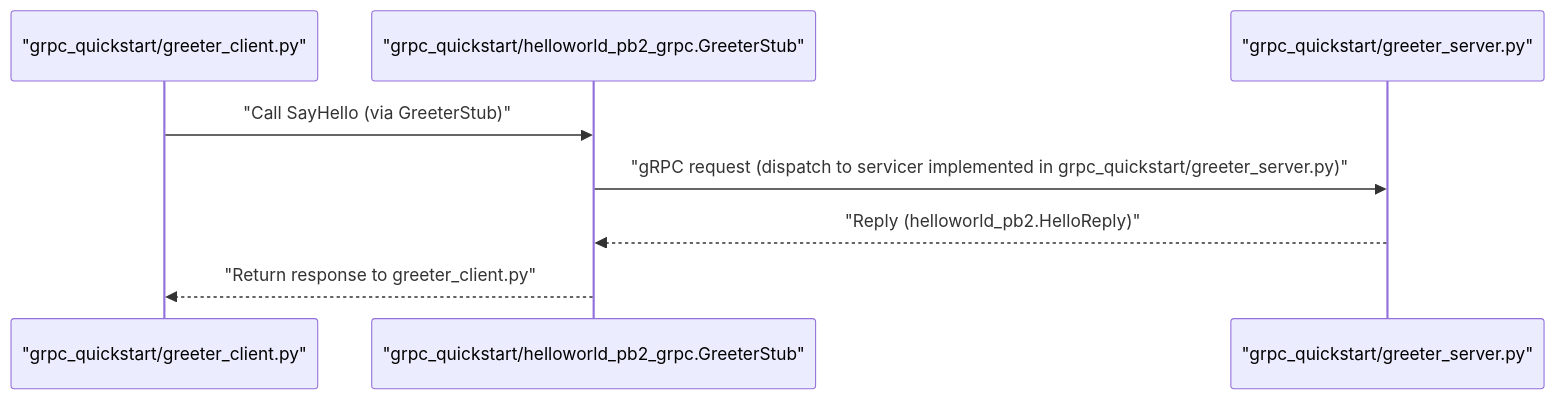
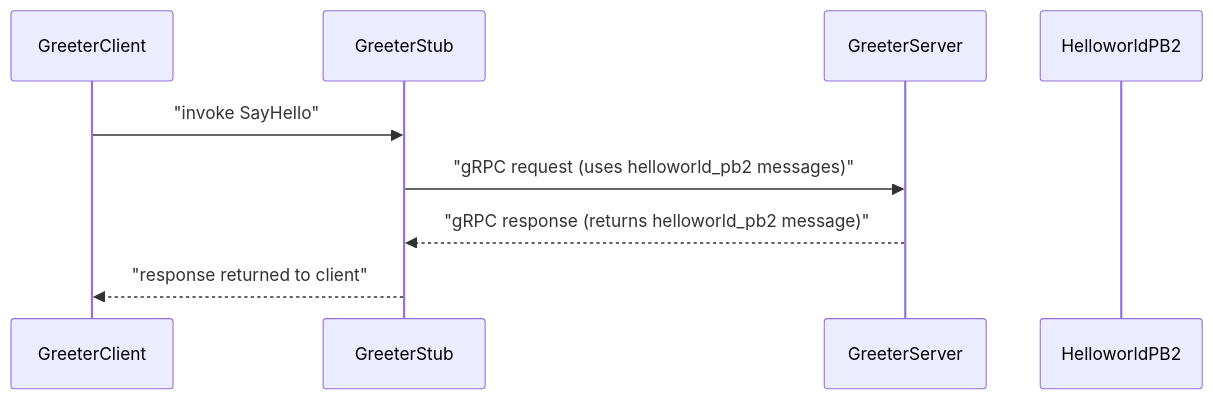
The second of 2 diagrams in README_ARCH.md (YusuffBulbul/GRPC_calisma), drawn with Mermaid before and after one commit. The commit also changed other lines of this file, not shown here.

````diff
--- a/README_ARCH.md
+++ b/README_ARCH.md
@@ -121,11 +120,13 @@
 ```mermaid
 sequenceDiagram
-participant Client as "grpc_quickstart/greeter_client.py"
-participant Stub as "grpc_quickstart/helloworld_pb2_grpc.GreeterStub"
-participant Server as "grpc_quickstart/greeter_server.py"
-Client ->> Stub: "Call SayHello (via GreeterStub)"
-Stub ->> Server: "gRPC request (dispatch to servicer implemented in grpc_quickstart/greeter_server.py)"
-Server -->> Stub: "Reply (helloworld_pb2.HelloReply)"
-Stub -->> Client: "Return response to greeter_client.py"
+  participant GreeterClient
+  participant GreeterStub
+  participant GreeterServer
+  participant HelloworldPB2
+
+  GreeterClient->>GreeterStub: "invoke SayHello"
+  GreeterStub->>GreeterServer: "gRPC request (uses helloworld_pb2 messages)"
+  GreeterServer-->>GreeterStub: "gRPC response (returns helloworld_pb2 message)"
+  GreeterStub-->>GreeterClient: "response returned to client"
 
 ```
````
